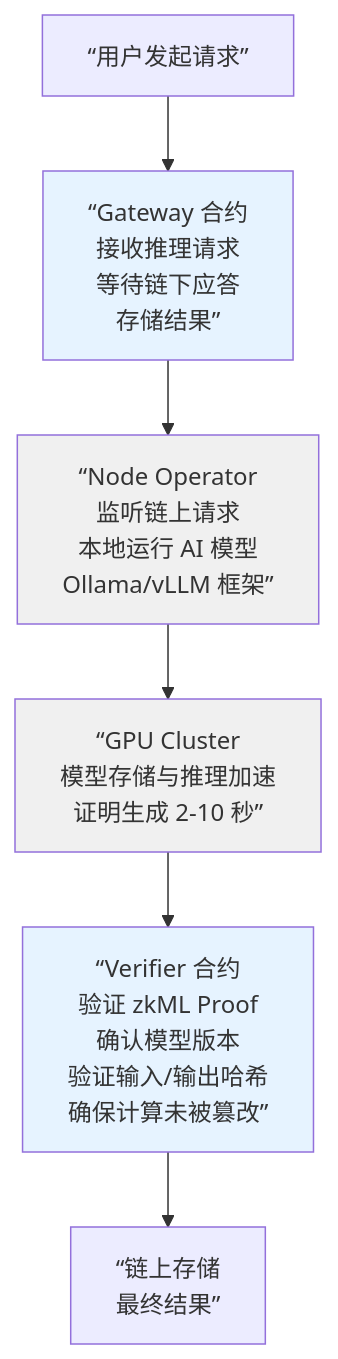
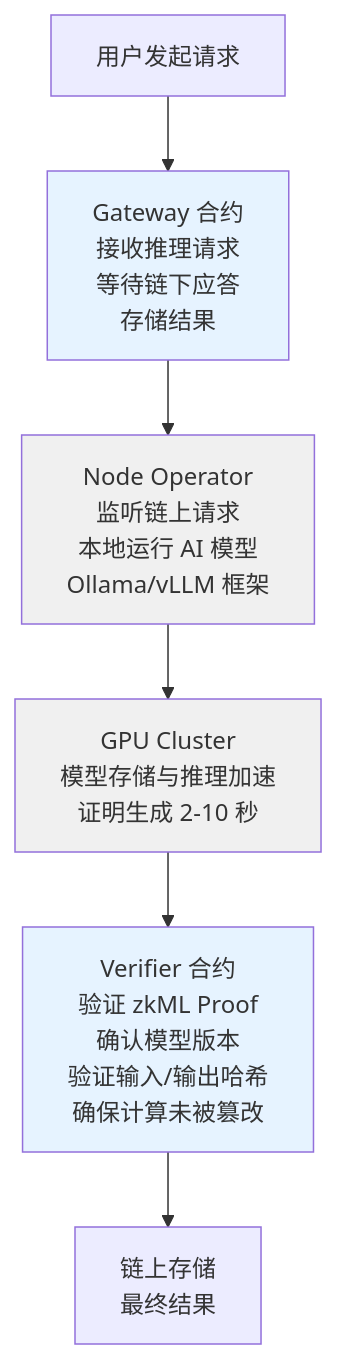
The first of 2 diagrams in 15_frontiers/ai_agents_blockchain.md (yeasy/blockchain_guide), drawn with Mermaid before and after one commit.

Commit message:
Use straight quotes in zkML mermaid diagram

````diff
--- a/15_frontiers/ai_agents_blockchain.md
+++ b/15_frontiers/ai_agents_blockchain.md
@@ -17,20 +17,20 @@
 ```mermaid
 graph TD
-    A[“用户发起请求”]
-    B[“Gateway 合约<br/>接收推理请求<br/>等待链下应答<br/>存储结果”]
-    C[“Node Operator<br/>监听链上请求<br/>本地运行 AI 模型<br/>Ollama/vLLM 框架”]
-    D[“GPU Cluster<br/>模型存储与推理加速<br/>证明生成 2-10 秒”]
-    E[“Verifier 合约<br/>验证 zkML Proof<br/>确认模型版本<br/>验证输入/输出哈希<br/>确保计算未被篡改”]
-    F[“链上存储<br/>最终结果”]
+    A["用户发起请求"]
+    B["Gateway 合约<br/>接收推理请求<br/>等待链下应答<br/>存储结果"]
+    C["Node Operator<br/>监听链上请求<br/>本地运行 AI 模型<br/>Ollama/vLLM 框架"]
+    D["GPU Cluster<br/>模型存储与推理加速<br/>证明生成 2-10 秒"]
+    E["Verifier 合约<br/>验证 zkML Proof<br/>确认模型版本<br/>验证输入/输出哈希<br/>确保计算未被篡改"]
+    F["链上存储<br/>最终结果"]
 
     A --> B
     B --> C
     C --> D
     D --> E
     E --> F
 
     style B fill:#e6f3ff
     style E fill:#e6f3ff
     style C fill:#f0f0f0
     style D fill:#f0f0f0
 ```
````
